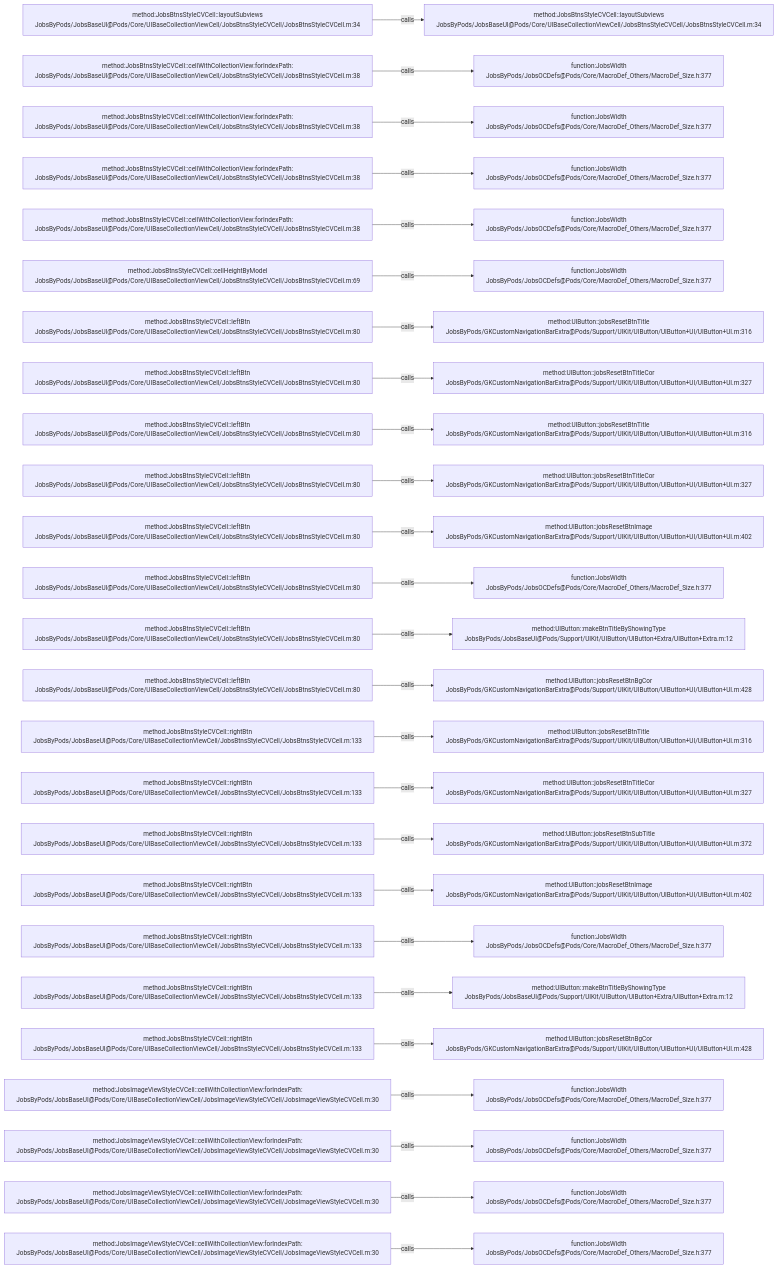
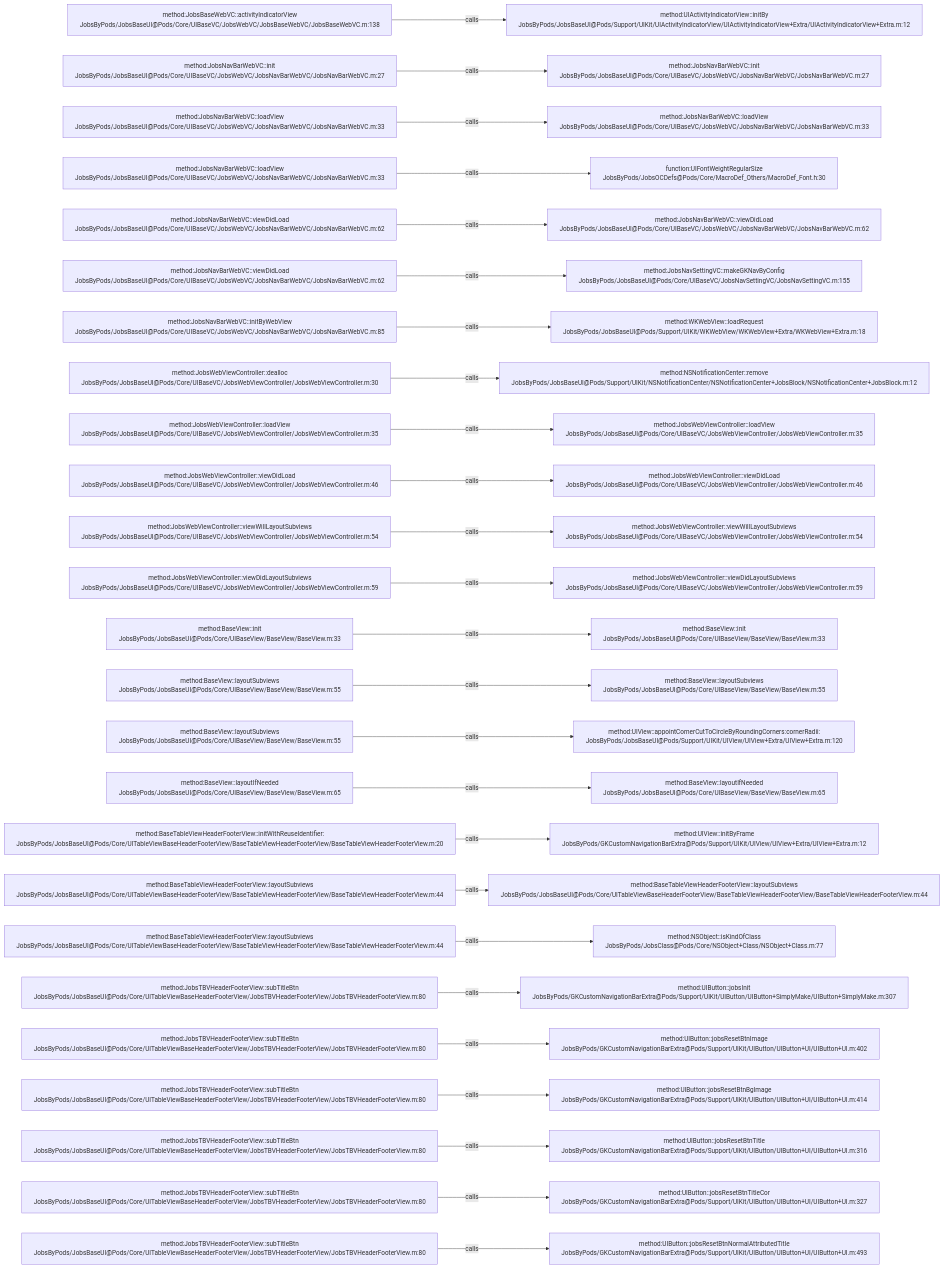
One commit to JobsKits/JobsOCBaseConfigDemo changed the diagram in .codegraph/codegraph.md/graphs/calls-035.md. Above: the diagram before and after it, drawn with Mermaid. The commit also changed 1026 other files, not shown here.

````diff
--- a/.codegraph/codegraph.md/graphs/calls-035.md
+++ b/.codegraph/codegraph.md/graphs/calls-035.md
@@ -13,78 +13,78 @@
 ```mermaid
 flowchart LR
-  S1["method:JobsBtnsStyleCVCell::layoutSubviews<br/>JobsByPods/JobsBaseUI@Pods/Core/UIBaseCollectionViewCell/JobsBtnsStyleCVCell/JobsBtnsStyleCVCell.m:34"]
-  T1["method:JobsBtnsStyleCVCell::layoutSubviews<br/>JobsByPods/JobsBaseUI@Pods/Core/UIBaseCollectionViewCell/JobsBtnsStyleCVCell/JobsBtnsStyleCVCell.m:34"]
+  S1["method:JobsBaseWebVC::activityIndicatorView<br/>JobsByPods/JobsBaseUI@Pods/Core/UIBaseVC/JobsWebVC/JobsBaseWebVC/JobsBaseWebVC.m:138"]
+  T1["method:UIActivityIndicatorView::initBy<br/>JobsByPods/JobsBaseUI@Pods/Support/UIKit/UIActivityIndicatorView/UIActivityIndicatorView+Extra/UIActivityIndicatorView+Extra.m:12"]
   S1 -->|calls| T1
-  S2["method:JobsBtnsStyleCVCell::cellWithCollectionView:forIndexPath:<br/>JobsByPods/JobsBaseUI@Pods/Core/UIBaseCollectionViewCell/JobsBtnsStyleCVCell/JobsBtnsStyleCVCell.m:38"]
-  T2["function:JobsWidth<br/>JobsByPods/JobsOCDefs@Pods/Core/MacroDef_Others/MacroDef_Size.h:377"]
+  S2["method:JobsNavBarWebVC::init<br/>JobsByPods/JobsBaseUI@Pods/Core/UIBaseVC/JobsWebVC/JobsNavBarWebVC/JobsNavBarWebVC.m:27"]
+  T2["method:JobsNavBarWebVC::init<br/>JobsByPods/JobsBaseUI@Pods/Core/UIBaseVC/JobsWebVC/JobsNavBarWebVC/JobsNavBarWebVC.m:27"]
   S2 -->|calls| T2
-  S3["method:JobsBtnsStyleCVCell::cellWithCollectionView:forIndexPath:<br/>JobsByPods/JobsBaseUI@Pods/Core/UIBaseCollectionViewCell/JobsBtnsStyleCVCell/JobsBtnsStyleCVCell.m:38"]
-  T3["function:JobsWidth<br/>JobsByPods/JobsOCDefs@Pods/Core/MacroDef_Others/MacroDef_Size.h:377"]
+  S3["method:JobsNavBarWebVC::loadView<br/>JobsByPods/JobsBaseUI@Pods/Core/UIBaseVC/JobsWebVC/JobsNavBarWebVC/JobsNavBarWebVC.m:33"]
+  T3["method:JobsNavBarWebVC::loadView<br/>JobsByPods/JobsBaseUI@Pods/Core/UIBaseVC/JobsWebVC/JobsNavBarWebVC/JobsNavBarWebVC.m:33"]
   S3 -->|calls| T3
-  S4["method:JobsBtnsStyleCVCell::cellWithCollectionView:forIndexPath:<br/>JobsByPods/JobsBaseUI@Pods/Core/UIBaseCollectionViewCell/JobsBtnsStyleCVCell/JobsBtnsStyleCVCell.m:38"]
-  T4["function:JobsWidth<br/>JobsByPods/JobsOCDefs@Pods/Core/MacroDef_Others/MacroDef_Size.h:377"]
+  S4["method:JobsNavBarWebVC::loadView<br/>JobsByPods/JobsBaseUI@Pods/Core/UIBaseVC/JobsWebVC/JobsNavBarWebVC/JobsNavBarWebVC.m:33"]
+  T4["function:UIFontWeightRegularSize<br/>JobsByPods/JobsOCDefs@Pods/Core/MacroDef_Others/MacroDef_Font.h:30"]
   S4 -->|calls| T4
-  S5["method:JobsBtnsStyleCVCell::cellWithCollectionView:forIndexPath:<br/>JobsByPods/JobsBaseUI@Pods/Core/UIBaseCollectionViewCell/JobsBtnsStyleCVCell/JobsBtnsStyleCVCell.m:38"]
-  T5["function:JobsWidth<br/>JobsByPods/JobsOCDefs@Pods/Core/MacroDef_Others/MacroDef_Size.h:377"]
+  S5["method:JobsNavBarWebVC::viewDidLoad<br/>JobsByPods/JobsBaseUI@Pods/Core/UIBaseVC/JobsWebVC/JobsNavBarWebVC/JobsNavBarWebVC.m:62"]
+  T5["method:JobsNavBarWebVC::viewDidLoad<br/>JobsByPods/JobsBaseUI@Pods/Core/UIBaseVC/JobsWebVC/JobsNavBarWebVC/JobsNavBarWebVC.m:62"]
   S5 -->|calls| T5
-  S6["method:JobsBtnsStyleCVCell::cellHeightByModel<br/>JobsByPods/JobsBaseUI@Pods/Core/UIBaseCollectionViewCell/JobsBtnsStyleCVCell/JobsBtnsStyleCVCell.m:69"]
-  T6["function:JobsWidth<br/>JobsByPods/JobsOCDefs@Pods/Core/MacroDef_Others/MacroDef_Size.h:377"]
+  S6["method:JobsNavBarWebVC::viewDidLoad<br/>JobsByPods/JobsBaseUI@Pods/Core/UIBaseVC/JobsWebVC/JobsNavBarWebVC/JobsNavBarWebVC.m:62"]
+  T6["method:JobsNavSettingVC::makeGKNavByConfig<br/>JobsByPods/JobsBaseUI@Pods/Core/UIBaseVC/JobsNavSettingVC/JobsNavSettingVC.m:155"]
   S6 -->|calls| T6
-  S7["method:JobsBtnsStyleCVCell::leftBtn<br/>JobsByPods/JobsBaseUI@Pods/Core/UIBaseCollectionViewCell/JobsBtnsStyleCVCell/JobsBtnsStyleCVCell.m:80"]
-  T7["method:UIButton::jobsResetBtnTitle<br/>JobsByPods/GKCustomNavigationBarExtra@Pods/Support/UIKit/UIButton/UIButton+UI/UIButton+UI.m:316"]
+  S7["method:JobsNavBarWebVC::initByWebView<br/>JobsByPods/JobsBaseUI@Pods/Core/UIBaseVC/JobsWebVC/JobsNavBarWebVC/JobsNavBarWebVC.m:85"]
+  T7["method:WKWebView::loadRequest<br/>JobsByPods/JobsBaseUI@Pods/Support/UIKit/WKWebView/WKWebView+Extra/WKWebView+Extra.m:18"]
   S7 -->|calls| T7
-  S8["method:JobsBtnsStyleCVCell::leftBtn<br/>JobsByPods/JobsBaseUI@Pods/Core/UIBaseCollectionViewCell/JobsBtnsStyleCVCell/JobsBtnsStyleCVCell.m:80"]
-  T8["method:UIButton::jobsResetBtnTitleCor<br/>JobsByPods/GKCustomNavigationBarExtra@Pods/Support/UIKit/UIButton/UIButton+UI/UIButton+UI.m:327"]
+  S8["method:JobsWebViewController::dealloc<br/>JobsByPods/JobsBaseUI@Pods/Core/UIBaseVC/JobsWebViewController/JobsWebViewController.m:30"]
+  T8["method:NSNotificationCenter::remove<br/>JobsByPods/JobsBaseUI@Pods/Support/UIKit/NSNotificationCenter/NSNotificationCenter+JobsBlock/NSNotificationCenter+JobsBlock.m:12"]
   S8 -->|calls| T8
-  S9["method:JobsBtnsStyleCVCell::leftBtn<br/>JobsByPods/JobsBaseUI@Pods/Core/UIBaseCollectionViewCell/JobsBtnsStyleCVCell/JobsBtnsStyleCVCell.m:80"]
-  T9["method:UIButton::jobsResetBtnTitle<br/>JobsByPods/GKCustomNavigationBarExtra@Pods/Support/UIKit/UIButton/UIButton+UI/UIButton+UI.m:316"]
+  S9["method:JobsWebViewController::loadView<br/>JobsByPods/JobsBaseUI@Pods/Core/UIBaseVC/JobsWebViewController/JobsWebViewController.m:35"]
+  T9["method:JobsWebViewController::loadView<br/>JobsByPods/JobsBaseUI@Pods/Core/UIBaseVC/JobsWebViewController/JobsWebViewController.m:35"]
   S9 -->|calls| T9
-  S10["method:JobsBtnsStyleCVCell::leftBtn<br/>JobsByPods/JobsBaseUI@Pods/Core/UIBaseCollectionViewCell/JobsBtnsStyleCVCell/JobsBtnsStyleCVCell.m:80"]
-  T10["method:UIButton::jobsResetBtnTitleCor<br/>JobsByPods/GKCustomNavigationBarExtra@Pods/Support/UIKit/UIButton/UIButton+UI/UIButton+UI.m:327"]
+  S10["method:JobsWebViewController::viewDidLoad<br/>JobsByPods/JobsBaseUI@Pods/Core/UIBaseVC/JobsWebViewController/JobsWebViewController.m:46"]
+  T10["method:JobsWebViewController::viewDidLoad<br/>JobsByPods/JobsBaseUI@Pods/Core/UIBaseVC/JobsWebViewController/JobsWebViewController.m:46"]
   S10 -->|calls| T10
-  S11["method:JobsBtnsStyleCVCell::leftBtn<br/>JobsByPods/JobsBaseUI@Pods/Core/UIBaseCollectionViewCell/JobsBtnsStyleCVCell/JobsBtnsStyleCVCell.m:80"]
-  T11["method:UIButton::jobsResetBtnImage<br/>JobsByPods/GKCustomNavigationBarExtra@Pods/Support/UIKit/UIButton/UIButton+UI/UIButton+UI.m:402"]
+  S11["method:JobsWebViewController::viewWillLayoutSubviews<br/>JobsByPods/JobsBaseUI@Pods/Core/UIBaseVC/JobsWebViewController/JobsWebViewController.m:54"]
+  T11["method:JobsWebViewController::viewWillLayoutSubviews<br/>JobsByPods/JobsBaseUI@Pods/Core/UIBaseVC/JobsWebViewController/JobsWebViewController.m:54"]
   S11 -->|calls| T11
-  S12["method:JobsBtnsStyleCVCell::leftBtn<br/>JobsByPods/JobsBaseUI@Pods/Core/UIBaseCollectionViewCell/JobsBtnsStyleCVCell/JobsBtnsStyleCVCell.m:80"]
-  T12["function:JobsWidth<br/>JobsByPods/JobsOCDefs@Pods/Core/MacroDef_Others/MacroDef_Size.h:377"]
+  S12["method:JobsWebViewController::viewDidLayoutSubviews<br/>JobsByPods/JobsBaseUI@Pods/Core/UIBaseVC/JobsWebViewController/JobsWebViewController.m:59"]
+  T12["method:JobsWebViewController::viewDidLayoutSubviews<br/>JobsByPods/JobsBaseUI@Pods/Core/UIBaseVC/JobsWebViewController/JobsWebViewController.m:59"]
   S12 -->|calls| T12
-  S13["method:JobsBtnsStyleCVCell::leftBtn<br/>JobsByPods/JobsBaseUI@Pods/Core/UIBaseCollectionViewCell/JobsBtnsStyleCVCell/JobsBtnsStyleCVCell.m:80"]
-  T13["method:UIButton::makeBtnTitleByShowingType<br/>JobsByPods/JobsBaseUI@Pods/Support/UIKit/UIButton/UIButton+Extra/UIButton+Extra.m:12"]
+  S13["method:BaseView::init<br/>JobsByPods/JobsBaseUI@Pods/Core/UIBaseView/BaseView/BaseView.m:33"]
+  T13["method:BaseView::init<br/>JobsByPods/JobsBaseUI@Pods/Core/UIBaseView/BaseView/BaseView.m:33"]
   S13 -->|calls| T13
-  S14["method:JobsBtnsStyleCVCell::leftBtn<br/>JobsByPods/JobsBaseUI@Pods/Core/UIBaseCollectionViewCell/JobsBtnsStyleCVCell/JobsBtnsStyleCVCell.m:80"]
-  T14["method:UIButton::jobsResetBtnBgCor<br/>JobsByPods/GKCustomNavigationBarExtra@Pods/Support/UIKit/UIButton/UIButton+UI/UIButton+UI.m:428"]
+  S14["method:BaseView::layoutSubviews<br/>JobsByPods/JobsBaseUI@Pods/Core/UIBaseView/BaseView/BaseView.m:55"]
+  T14["method:BaseView::layoutSubviews<br/>JobsByPods/JobsBaseUI@Pods/Core/UIBaseView/BaseView/BaseView.m:55"]
   S14 -->|calls| T14
-  S15["method:JobsBtnsStyleCVCell::rightBtn<br/>JobsByPods/JobsBaseUI@Pods/Core/UIBaseCollectionViewCell/JobsBtnsStyleCVCell/JobsBtnsStyleCVCell.m:133"]
-  T15["method:UIButton::jobsResetBtnTitle<br/>JobsByPods/GKCustomNavigationBarExtra@Pods/Support/UIKit/UIButton/UIButton+UI/UIButton+UI.m:316"]
+  S15["method:BaseView::layoutSubviews<br/>JobsByPods/JobsBaseUI@Pods/Core/UIBaseView/BaseView/BaseView.m:55"]
+  T15["method:UIView::appointCornerCutToCircleByRoundingCorners:cornerRadii:<br/>JobsByPods/JobsBaseUI@Pods/Support/UIKit/UIView/UIView+Extra/UIView+Extra.m:120"]
   S15 -->|calls| T15
-  S16["method:JobsBtnsStyleCVCell::rightBtn<br/>JobsByPods/JobsBaseUI@Pods/Core/UIBaseCollectionViewCell/JobsBtnsStyleCVCell/JobsBtnsStyleCVCell.m:133"]
-  T16["method:UIButton::jobsResetBtnTitleCor<br/>JobsByPods/GKCustomNavigationBarExtra@Pods/Support/UIKit/UIButton/UIButton+UI/UIButton+UI.m:327"]
+  S16["method:BaseView::layoutIfNeeded<br/>JobsByPods/JobsBaseUI@Pods/Core/UIBaseView/BaseView/BaseView.m:65"]
+  T16["method:BaseView::layoutIfNeeded<br/>JobsByPods/JobsBaseUI@Pods/Core/UIBaseView/BaseView/BaseView.m:65"]
   S16 -->|calls| T16
-  S17["method:JobsBtnsStyleCVCell::rightBtn<br/>JobsByPods/JobsBaseUI@Pods/Core/UIBaseCollectionViewCell/JobsBtnsStyleCVCell/JobsBtnsStyleCVCell.m:133"]
-  T17["method:UIButton::jobsResetBtnSubTitle<br/>JobsByPods/GKCustomNavigationBarExtra@Pods/Support/UIKit/UIButton/UIButton+UI/UIButton+UI.m:372"]
+  S17["method:BaseTableViewHeaderFooterView::initWithReuseIdentifier:<br/>JobsByPods/JobsBaseUI@Pods/Core/UITableViewBaseHeaderFooterView/BaseTableViewHeaderFooterView/BaseTableViewHeaderFooterView.m:20"]
+  T17["method:UIView::initByFrame<br/>JobsByPods/GKCustomNavigationBarExtra@Pods/Support/UIKit/UIView/UIView+Extra/UIView+Extra.m:12"]
   S17 -->|calls| T17
-  S18["method:JobsBtnsStyleCVCell::rightBtn<br/>JobsByPods/JobsBaseUI@Pods/Core/UIBaseCollectionViewCell/JobsBtnsStyleCVCell/JobsBtnsStyleCVCell.m:133"]
-  T18["method:UIButton::jobsResetBtnImage<br/>JobsByPods/GKCustomNavigationBarExtra@Pods/Support/UIKit/UIButton/UIButton+UI/UIButton+UI.m:402"]
+  S18["method:BaseTableViewHeaderFooterView::layoutSubviews<br/>JobsByPods/JobsBaseUI@Pods/Core/UITableViewBaseHeaderFooterView/BaseTableViewHeaderFooterView/BaseTableViewHeaderFooterView.m:44"]
+  T18["method:BaseTableViewHeaderFooterView::layoutSubviews<br/>JobsByPods/JobsBaseUI@Pods/Core/UITableViewBaseHeaderFooterView/BaseTableViewHeaderFooterView/BaseTableViewHeaderFooterView.m:44"]
   S18 -->|calls| T18
-  S19["method:JobsBtnsStyleCVCell::rightBtn<br/>JobsByPods/JobsBaseUI@Pods/Core/UIBaseCollectionViewCell/JobsBtnsStyleCVCell/JobsBtnsStyleCVCell.m:133"]
-  T19["function:JobsWidth<br/>JobsByPods/JobsOCDefs@Pods/Core/MacroDef_Others/MacroDef_Size.h:377"]
+  S19["method:BaseTableViewHeaderFooterView::layoutSubviews<br/>JobsByPods/JobsBaseUI@Pods/Core/UITableViewBaseHeaderFooterView/BaseTableViewHeaderFooterView/BaseTableViewHeaderFooterView.m:44"]
+  T19["method:NSObject::isKindOfClass<br/>JobsByPods/JobsClass@Pods/Core/NSObject+Class/NSObject+Class.m:77"]
   S19 -->|calls| T19
-  S20["method:JobsBtnsStyleCVCell::rightBtn<br/>JobsByPods/JobsBaseUI@Pods/Core/UIBaseCollectionViewCell/JobsBtnsStyleCVCell/JobsBtnsStyleCVCell.m:133"]
-  T20["method:UIButton::makeBtnTitleByShowingType<br/>JobsByPods/JobsBaseUI@Pods/Support/UIKit/UIButton/UIButton+Extra/UIButton+Extra.m:12"]
+  S20["method:JobsTBVHeaderFooterView::subTitleBtn<br/>JobsByPods/JobsBaseUI@Pods/Core/UITableViewBaseHeaderFooterView/JobsTBVHeaderFooterView/JobsTBVHeaderFooterView.m:80"]
+  T20["method:UIButton::jobsInit<br/>JobsByPods/GKCustomNavigationBarExtra@Pods/Support/UIKit/UIButton/UIButton+SimplyMake/UIButton+SimplyMake.m:307"]
   S20 -->|calls| T20
-  S21["method:JobsBtnsStyleCVCell::rightBtn<br/>JobsByPods/JobsBaseUI@Pods/Core/UIBaseCollectionViewCell/JobsBtnsStyleCVCell/JobsBtnsStyleCVCell.m:133"]
-  T21["method:UIButton::jobsResetBtnBgCor<br/>JobsByPods/GKCustomNavigationBarExtra@Pods/Support/UIKit/UIButton/UIButton+UI/UIButton+UI.m:428"]
+  S21["method:JobsTBVHeaderFooterView::subTitleBtn<br/>JobsByPods/JobsBaseUI@Pods/Core/UITableViewBaseHeaderFooterView/JobsTBVHeaderFooterView/JobsTBVHeaderFooterView.m:80"]
+  T21["method:UIButton::jobsResetBtnImage<br/>JobsByPods/GKCustomNavigationBarExtra@Pods/Support/UIKit/UIButton/UIButton+UI/UIButton+UI.m:402"]
   S21 -->|calls| T21
-  S22["method:JobsImageViewStyleCVCell::cellWithCollectionView:forIndexPath:<br/>JobsByPods/JobsBaseUI@Pods/Core/UIBaseCollectionViewCell/JobsImageViewStyleCVCell/JobsImageViewStyleCVCell.m:30"]
-  T22["function:JobsWidth<br/>JobsByPods/JobsOCDefs@Pods/Core/MacroDef_Others/MacroDef_Size.h:377"]
+  S22["method:JobsTBVHeaderFooterView::subTitleBtn<br/>JobsByPods/JobsBaseUI@Pods/Core/UITableViewBaseHeaderFooterView/JobsTBVHeaderFooterView/JobsTBVHeaderFooterView.m:80"]
+  T22["method:UIButton::jobsResetBtnBgImage<br/>JobsByPods/GKCustomNavigationBarExtra@Pods/Support/UIKit/UIButton/UIButton+UI/UIButton+UI.m:414"]
   S22 -->|calls| T22
-  S23["method:JobsImageViewStyleCVCell::cellWithCollectionView:forIndexPath:<br/>JobsByPods/JobsBaseUI@Pods/Core/UIBaseCollectionViewCell/JobsImageViewStyleCVCell/JobsImageViewStyleCVCell.m:30"]
-  T23["function:JobsWidth<br/>JobsByPods/JobsOCDefs@Pods/Core/MacroDef_Others/MacroDef_Size.h:377"]
+  S23["method:JobsTBVHeaderFooterView::subTitleBtn<br/>JobsByPods/JobsBaseUI@Pods/Core/UITableViewBaseHeaderFooterView/JobsTBVHeaderFooterView/JobsTBVHeaderFooterView.m:80"]
+  T23["method:UIButton::jobsResetBtnTitle<br/>JobsByPods/GKCustomNavigationBarExtra@Pods/Support/UIKit/UIButton/UIButton+UI/UIButton+UI.m:316"]
   S23 -->|calls| T23
-  S24["method:JobsImageViewStyleCVCell::cellWithCollectionView:forIndexPath:<br/>JobsByPods/JobsBaseUI@Pods/Core/UIBaseCollectionViewCell/JobsImageViewStyleCVCell/JobsImageViewStyleCVCell.m:30"]
-  T24["function:JobsWidth<br/>JobsByPods/JobsOCDefs@Pods/Core/MacroDef_Others/MacroDef_Size.h:377"]
+  S24["method:JobsTBVHeaderFooterView::subTitleBtn<br/>JobsByPods/JobsBaseUI@Pods/Core/UITableViewBaseHeaderFooterView/JobsTBVHeaderFooterView/JobsTBVHeaderFooterView.m:80"]
+  T24["method:UIButton::jobsResetBtnTitleCor<br/>JobsByPods/GKCustomNavigationBarExtra@Pods/Support/UIKit/UIButton/UIButton+UI/UIButton+UI.m:327"]
   S24 -->|calls| T24
-  S25["method:JobsImageViewStyleCVCell::cellWithCollectionView:forIndexPath:<br/>JobsByPods/JobsBaseUI@Pods/Core/UIBaseCollectionViewCell/JobsImageViewStyleCVCell/JobsImageViewStyleCVCell.m:30"]
-  T25["function:JobsWidth<br/>JobsByPods/JobsOCDefs@Pods/Core/MacroDef_Others/MacroDef_Size.h:377"]
+  S25["method:JobsTBVHeaderFooterView::subTitleBtn<br/>JobsByPods/JobsBaseUI@Pods/Core/UITableViewBaseHeaderFooterView/JobsTBVHeaderFooterView/JobsTBVHeaderFooterView.m:80"]
+  T25["method:UIButton::jobsResetBtnNormalAttributedTitle<br/>JobsByPods/GKCustomNavigationBarExtra@Pods/Support/UIKit/UIButton/UIButton+UI/UIButton+UI.m:493"]
   S25 -->|calls| T25
 ```
````
